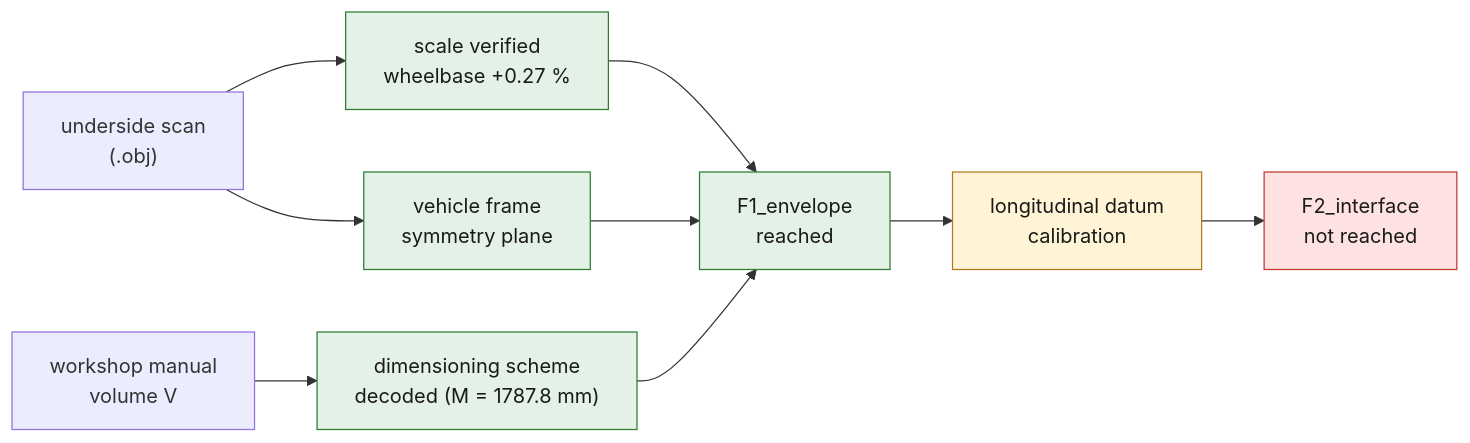
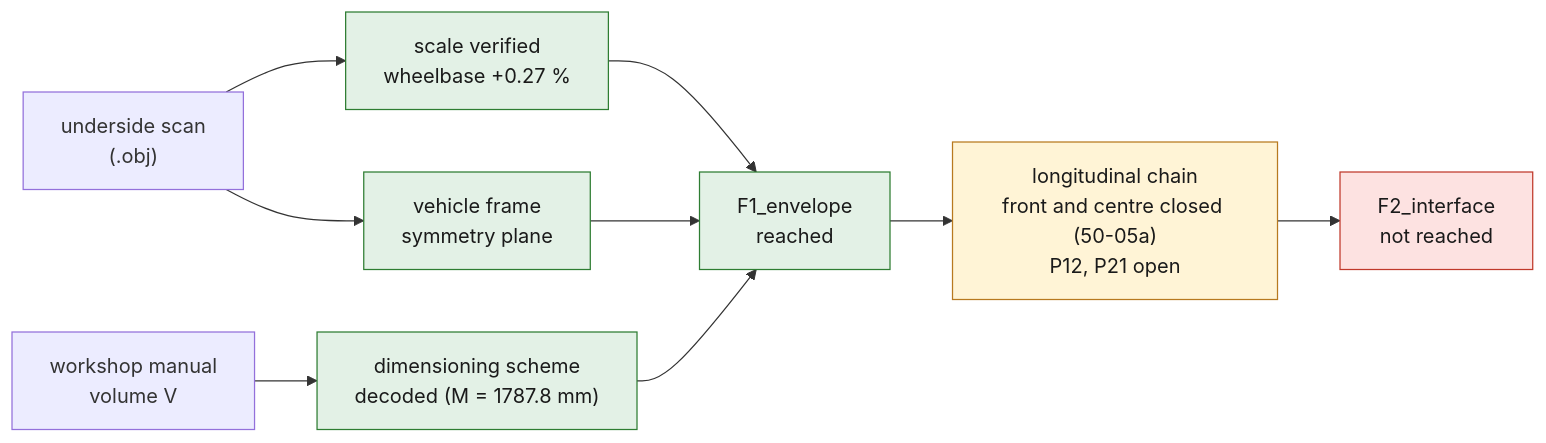
One commit to cluster2600/porscheparts changed the first of 2 diagrams in twins/964-chassis/README.md. Above: the diagram before and after it, drawn with Mermaid. The commit also changed other lines of this file and 12 other files, not shown here.

First line of the commit message:
feat(964): close the longitudinal datum chain from plate 50-05a

````diff
--- a/twins/964-chassis/README.md
+++ b/twins/964-chassis/README.md
@@ -6,17 +6,17 @@
 ```mermaid
 flowchart LR
   S["underside scan<br/>(.obj)"] --> SC["scale verified<br/>wheelbase +0.27 %"]
   S --> FR["vehicle frame<br/>symmetry plane"]
   M["workshop manual<br/>volume V"] --> DS["dimensioning scheme<br/>decoded (M = 1787.8 mm)"]
   SC --> F1["F1_envelope<br/>reached"]
   FR --> F1
   DS --> F1
-  F1 --> LC["longitudinal datum<br/>calibration"]
+  F1 --> LC["longitudinal chain<br/>front and centre closed (50-05a)<br/>P12, P21 open"]
   LC --> F2["F2_interface<br/>not reached"]
   classDef stop fill:#fde2e1,stroke:#c0392b,color:#1a1a1a;
   classDef ok fill:#e3f1e6,stroke:#2e7d32,color:#1a1a1a;
   classDef open fill:#fff4d6,stroke:#b7791f,color:#1a1a1a;
   class SC,FR,DS,F1 ok;
   class LC open;
   class F2 stop;
 ```
````
